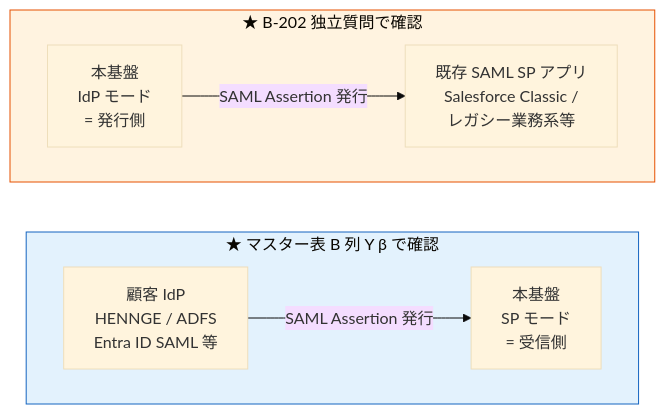
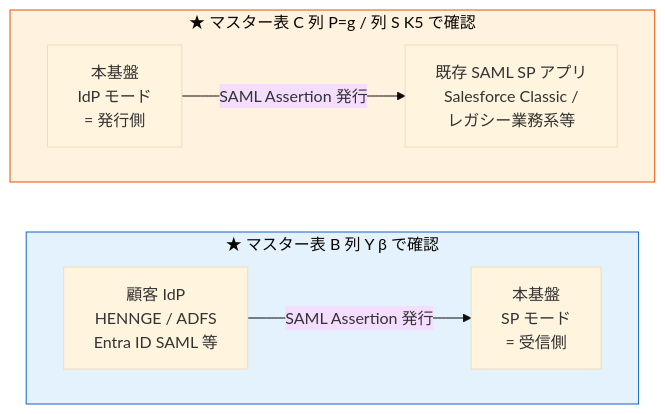
Before and after one commit to suepie/aws-atuh-poc: the first of 3 diagrams in doc/requirements/hearing-script/02-idp-federation.md, drawn with Mermaid (base theme). The commit also changed other lines of this file and 10 other files, not shown here.

````diff
--- a/doc/requirements/hearing-script/02-idp-federation.md
+++ b/doc/requirements/hearing-script/02-idp-federation.md
@@ -25,19 +26,19 @@
 ```mermaid
 flowchart LR
     subgraph SP["★ マスター表 B 列 Y β で確認"]
         direction LR
         CustIdP[顧客 IdP<br/>HENNGE / ADFS<br/>Entra ID SAML 等]
         Hub1[本基盤<br/>SP モード<br/>= 受信側]
         CustIdP -->|SAML Assertion 発行| Hub1
     end
 
-    subgraph IdP["★ B-202 独立質問で確認"]
+    subgraph IdP["★ マスター表 C 列 P=g / 列 S K5 で確認"]
         direction LR
         Hub2[本基盤<br/>IdP モード<br/>= 発行側]
         LegacySP[既存 SAML SP アプリ<br/>Salesforce Classic /<br/>レガシー業務系等]
         Hub2 -->|SAML Assertion 発行| LegacySP
     end
 
     style SP fill:#e3f2fd,stroke:#1565c0
     style IdP fill:#fff3e0,stroke:#e65100
 ```
````
